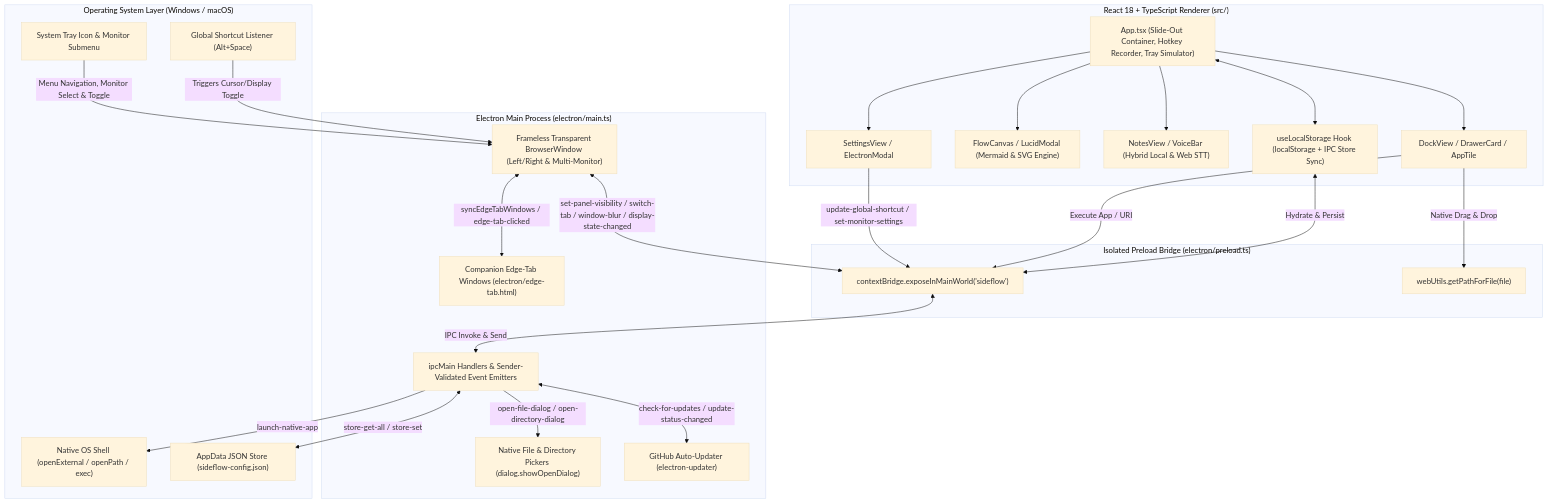
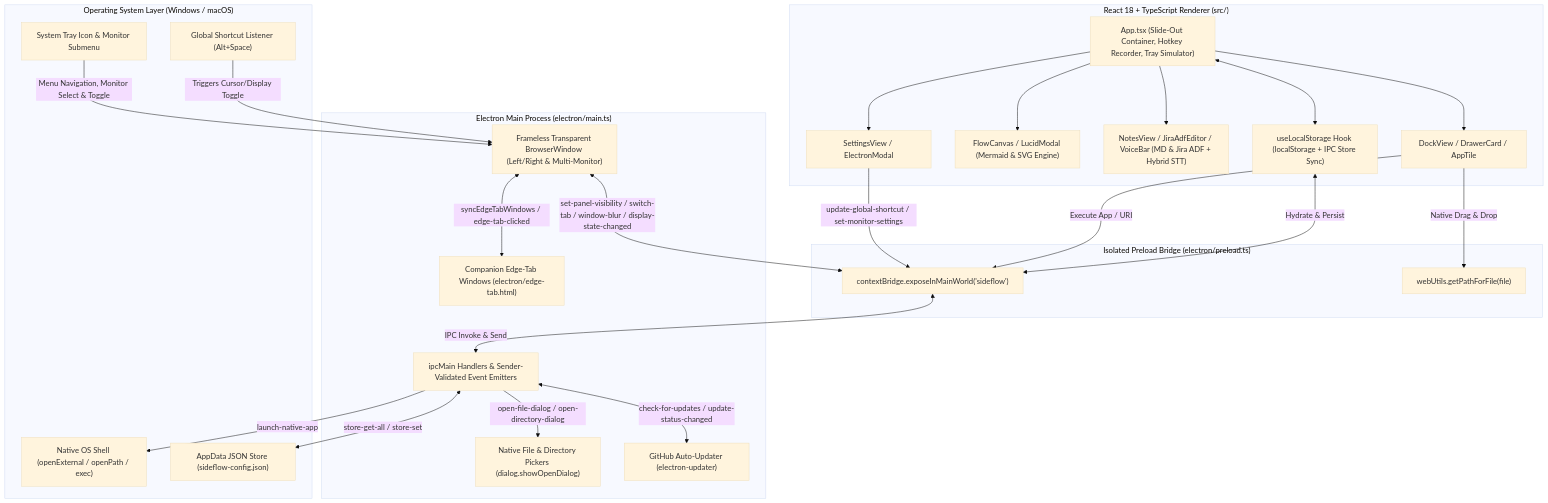
The diagram in README.md (NeoShadow7366/SideFlow), drawn with Mermaid (base theme) before and after one commit. The commit also changed other lines of this file and 1 other file, not shown here.

````diff
--- a/README.md
+++ b/README.md
@@ -93,50 +102,50 @@
 ```mermaid
 flowchart TB
     subgraph OS["Operating System Layer (Windows / macOS)"]
         Tray["System Tray Icon & Monitor Submenu"]
         Hotkey["Global Shortcut Listener (Alt+Space)"]
         Shell["Native OS Shell (openExternal / openPath / exec)"]
         FS["AppData JSON Store (sideflow-config.json)"]
     end
 
     subgraph Main["Electron Main Process (electron/main.ts)"]
         WinMgr["Frameless Transparent BrowserWindow (Left/Right & Multi-Monitor)"]
         EdgeTabs["Companion Edge-Tab Windows (electron/edge-tab.html)"]
         IPCMain["ipcMain Handlers & Sender-Validated Event Emitters"]
         Dialog["Native File & Directory Pickers (dialog.showOpenDialog)"]
         Updater["GitHub Auto-Updater (electron-updater)"]
     end
 
     subgraph Preload["Isolated Preload Bridge (electron/preload.ts)"]
         Bridge["contextBridge.exposeInMainWorld('sideflow')"]
         WebUtils["webUtils.getPathForFile(file)"]
     end
 
     subgraph Renderer["React 18 + TypeScript Renderer (src/)"]
         App["App.tsx (Slide-Out Container, Hotkey Recorder, Tray Simulator)"]
         Dock["DockView / DrawerCard / AppTile"]
         Flow["FlowCanvas / LucidModal (Mermaid & SVG Engine)"]
-        Notes["NotesView / VoiceBar (Hybrid Local & Web STT)"]
+        Notes["NotesView / JiraAdfEditor / VoiceBar (MD & Jira ADF + Hybrid STT)"]
         Settings["SettingsView / ElectronModal"]
         Storage["useLocalStorage Hook (localStorage + IPC Store Sync)"]
     end
 
     Hotkey -->|"Triggers Cursor/Display Toggle"| WinMgr
     Tray -->|"Menu Navigation, Monitor Select & Toggle"| WinMgr
     WinMgr <-->|"syncEdgeTabWindows / edge-tab-clicked"| EdgeTabs
     WinMgr <-->|"set-panel-visibility / switch-tab / window-blur / display-state-changed"| Bridge
     Bridge <-->|"IPC Invoke & Send"| IPCMain
     IPCMain -->|"launch-native-app"| Shell
     IPCMain -->|"open-file-dialog / open-directory-dialog"| Dialog
     IPCMain <-->|"check-for-updates / update-status-changed"| Updater
     IPCMain <-->|"store-get-all / store-set"| FS
     App --> Dock
     App --> Flow
     App --> Notes
     App --> Settings
     App <--> Storage
     Storage <-->|"Hydrate & Persist"| Bridge
     Dock -->|"Native Drag & Drop"| WebUtils
     Dock -->|"Execute App / URI"| Bridge
     Settings -->|"update-global-shortcut / set-monitor-settings"| Bridge
 ```
````
